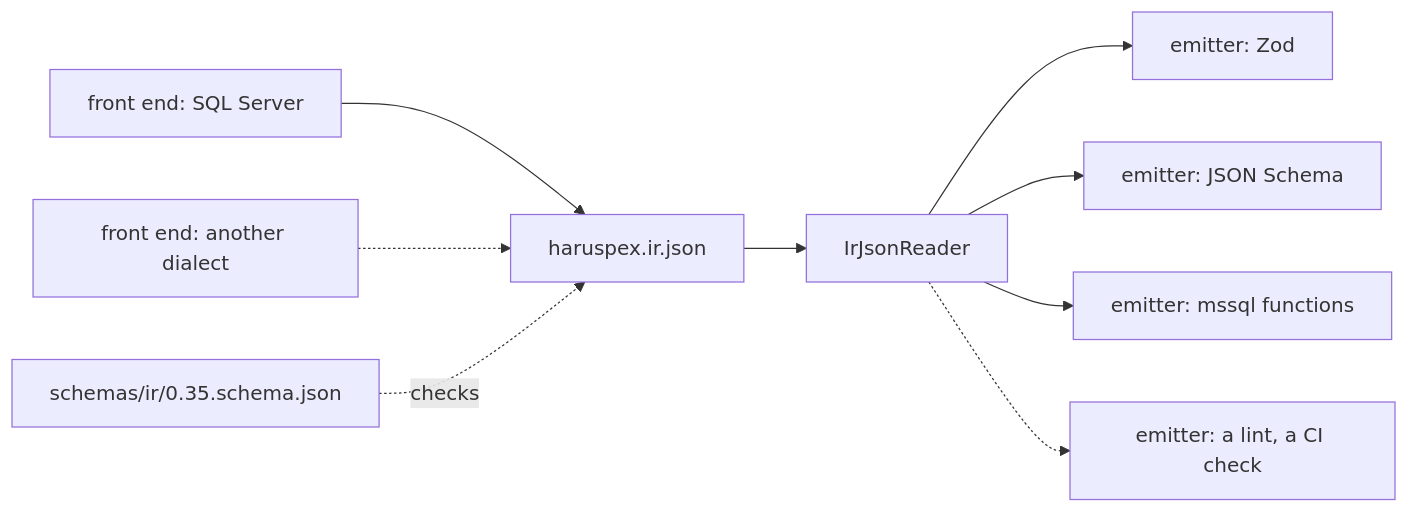
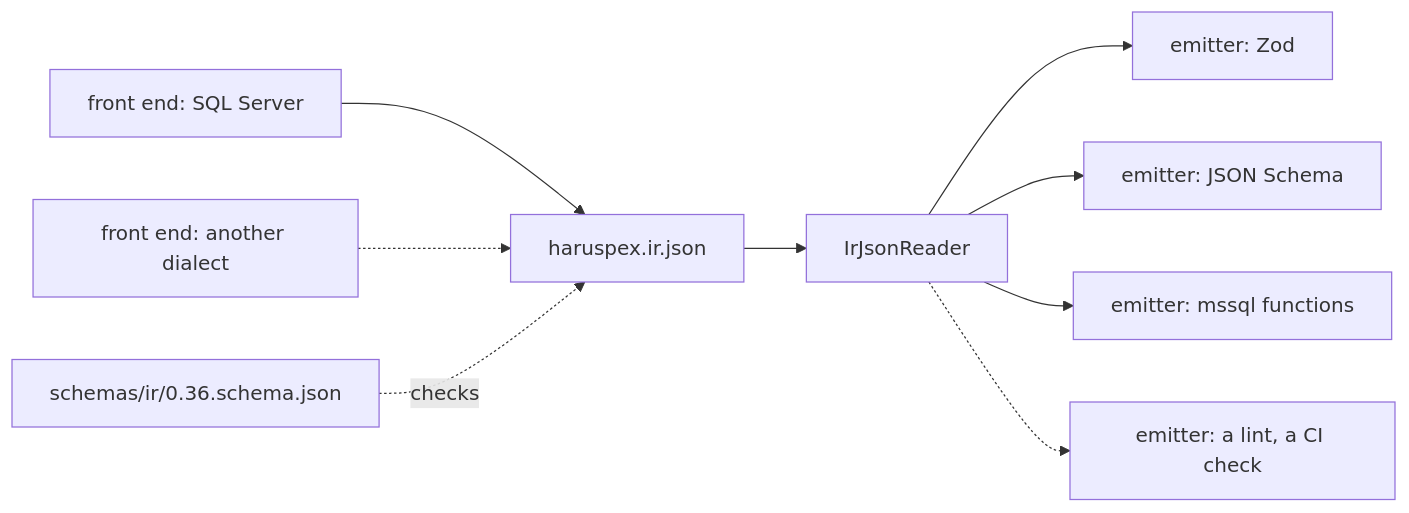
The diagram in docs/internals/10-the-ir-as-a-contract.md (haruspex-tools/haruspex), drawn with Mermaid before and after one commit. The commit also changed other lines of this file and 102 other files, not shown here.

````diff
--- a/docs/internals/10-the-ir-as-a-contract.md
+++ b/docs/internals/10-the-ir-as-a-contract.md
@@ -27,11 +27,11 @@
 ```mermaid
 flowchart LR
     tsql["front end: SQL Server"] --> file["haruspex.ir.json"]
     pg["front end: another dialect"] -.-> file
     file --> reader["IrJsonReader"]
     reader --> zod["emitter: Zod"]
     reader --> jsonSchema["emitter: JSON Schema"]
     reader --> mssql["emitter: mssql functions"]
     reader -.-> other["emitter: a lint, a CI check"]
-    schema["schemas/ir/0.35.schema.json"] -.->|checks| file
+    schema["schemas/ir/0.36.schema.json"] -.->|checks| file
 ```
````
